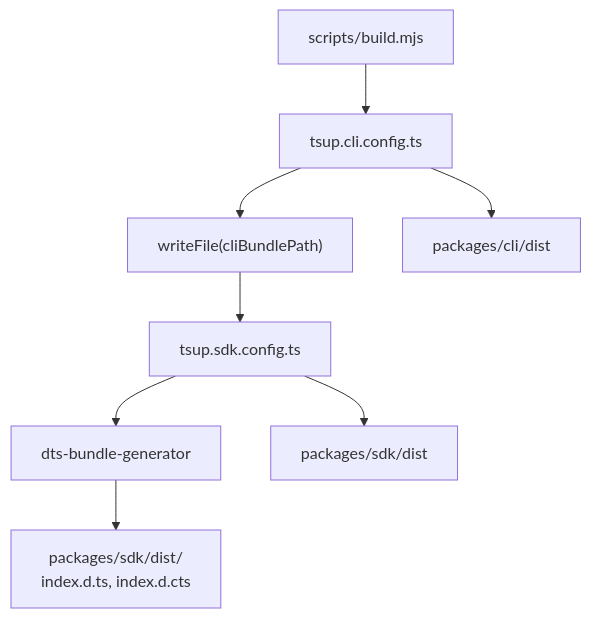
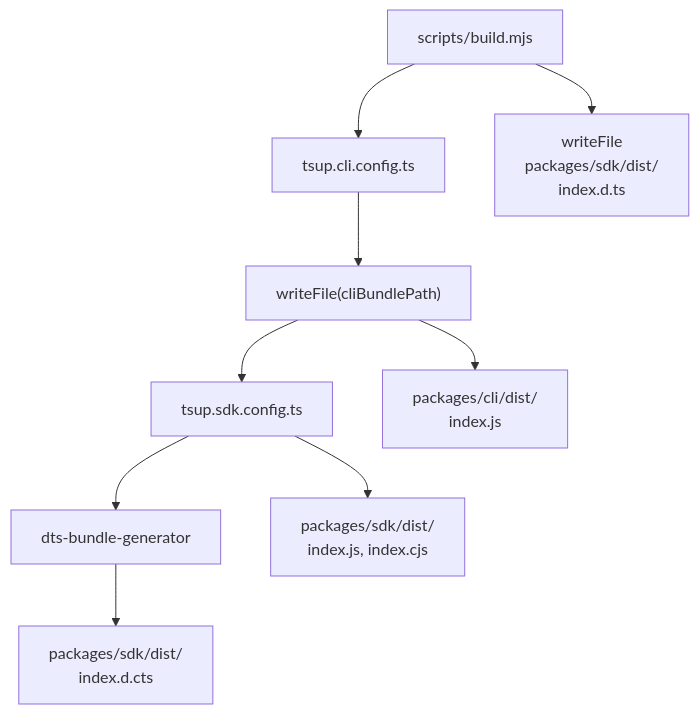
One commit to noormdev/noorm changed the first of 5 diagrams in docs/wiki/infra.md. Above: the diagram before and after it, drawn with Mermaid. The commit also changed other lines of this file and 349 other files, not shown here.

````diff
--- a/docs/wiki/infra.md
+++ b/docs/wiki/infra.md
@@ -20,11 +26,12 @@
 ```mermaid
 flowchart TD
     %% source: package.json, scripts/build.mjs, tsup.cli.config.ts, tsup.sdk.config.ts
     B["scripts/build.mjs"] --> C["tsup.cli.config.ts"]
     C --> S["writeFile(cliBundlePath)"]
     S --> K["tsup.sdk.config.ts"]
     K --> T["dts-bundle-generator"]
-    C --> CO["packages/cli/dist"]
-    K --> KO["packages/sdk/dist"]
-    T --> D["packages/sdk/dist/<br/>index.d.ts, index.d.cts"]
+    S --> CO["packages/cli/dist/<br/>index.js"]
+    K --> KO["packages/sdk/dist/<br/>index.js, index.cjs"]
+    T --> DC["packages/sdk/dist/<br/>index.d.cts"]
+    B --> W["writeFile<br/>packages/sdk/dist/<br/>index.d.ts"]
 ```
````
